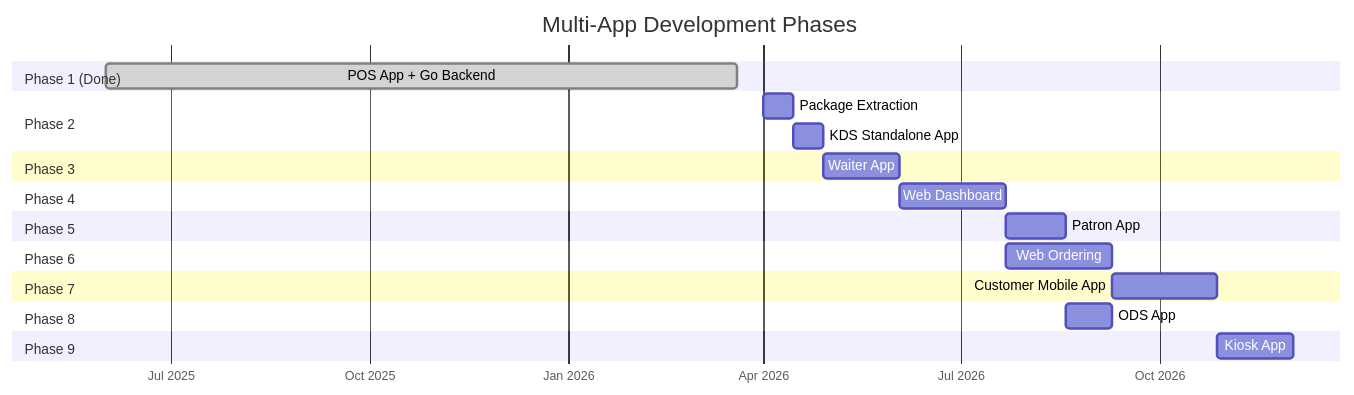
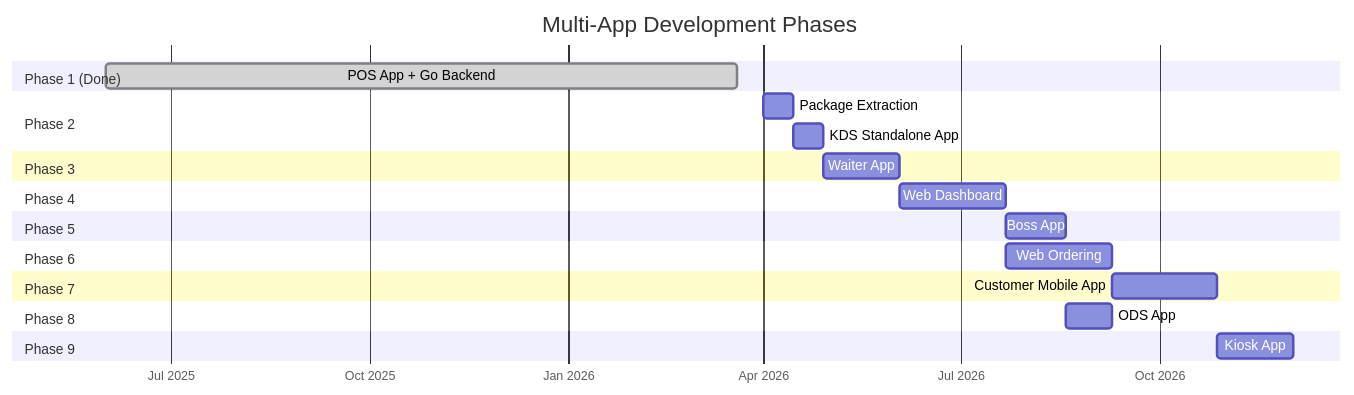
The sixth of 7 diagrams in docs/22-multi-app-architecture.md (2techdev/restaurant), drawn with Mermaid before and after one commit. The commit also changed other lines of this file and 5 other files, not shown here.

First line of the commit message:
rename: patron → boss (post-pilot owner mobile app)

````diff
--- a/docs/22-multi-app-architecture.md
+++ b/docs/22-multi-app-architecture.md
@@ -1066,34 +1066,34 @@
 ```mermaid
 gantt
     title Multi-App Development Phases
     dateFormat  YYYY-MM-DD
     axisFormat  %b %Y
 
     section Phase 1 (Done)
     POS App + Go Backend              :done, p1, 2025-06-01, 2026-03-20
 
     section Phase 2
     Package Extraction                 :p2a, 2026-04-01, 2w
     KDS Standalone App                 :p2b, after p2a, 2w
 
     section Phase 3
     Waiter App                         :p3, after p2b, 5w
 
     section Phase 4
     Web Dashboard                      :p4, after p3, 7w
 
     section Phase 5
-    Patron App                         :p5, after p4, 4w
+    Boss App                         :p5, after p4, 4w
 
     section Phase 6
     Web Ordering                       :p6, after p4, 7w
 
     section Phase 7
     Customer Mobile App                :p7, after p6, 7w
 
     section Phase 8
     ODS App                            :p8, after p5, 3w
 
     section Phase 9
     Kiosk App                          :p9, after p7, 5w
 ```
````
